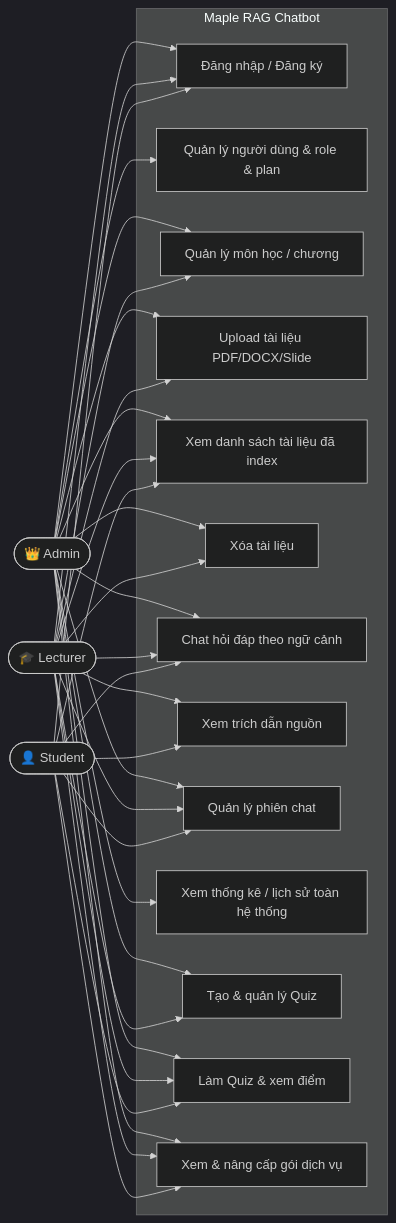
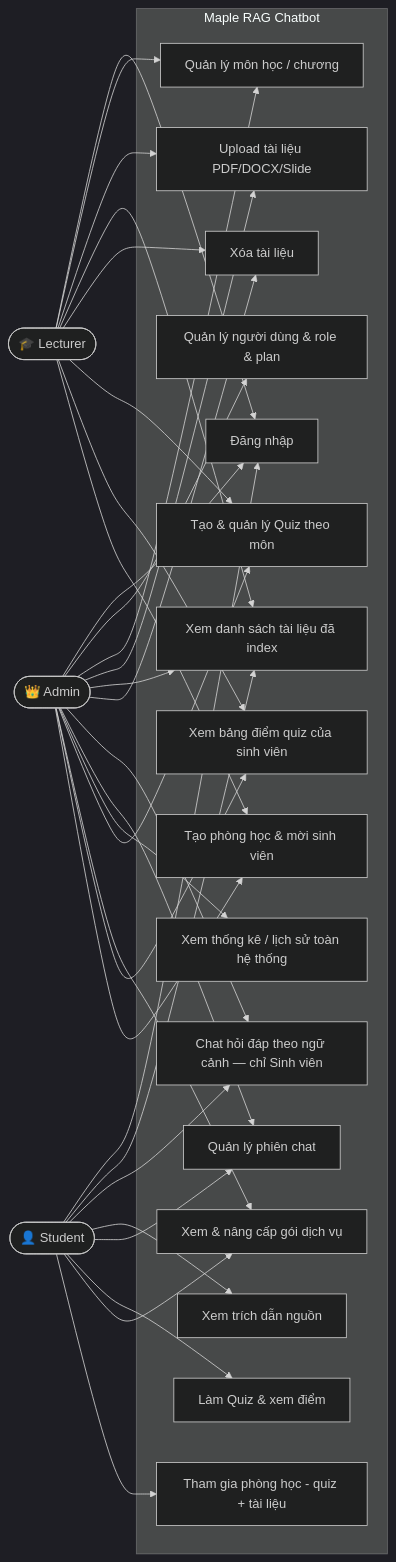
Before and after one commit to Scobydoo1/swd: the first of 9 diagrams in readme.md, drawn with Mermaid (dark theme). The commit also changed other lines of this file and 29 other files, not shown here.

First line of the commit message:
feat(rooms): phòng học Lecturer/Admin + chat chỉ Sinh viên + bảng điểm quiz

````diff
--- a/readme.md
+++ b/readme.md
@@ -47,55 +48,57 @@
 ```mermaid
 graph LR
     Admin([👑 Admin])
     Lecturer([🎓 Lecturer])
     User([👤 Student])
 
     subgraph "Maple RAG Chatbot"
-        UC1[Đăng nhập / Đăng ký]
+        UC1[Đăng nhập]
         UC2[Quản lý người dùng & role & plan]
         UC3[Quản lý môn học / chương]
         UC4[Upload tài liệu PDF/DOCX/Slide]
         UC5[Xem danh sách tài liệu đã index]
         UC6[Xóa tài liệu]
-        UC7[Chat hỏi đáp theo ngữ cảnh]
+        UC7[Chat hỏi đáp theo ngữ cảnh — chỉ Sinh viên]
         UC8[Xem trích dẫn nguồn]
         UC9[Quản lý phiên chat]
         UC10[Xem thống kê / lịch sử toàn hệ thống]
-        UC11[Tạo & quản lý Quiz]
+        UC11[Tạo & quản lý Quiz theo môn]
         UC12[Làm Quiz & xem điểm]
         UC13[Xem & nâng cấp gói dịch vụ]
+        UC14[Xem bảng điểm quiz của sinh viên]
+        UC15[Tạo phòng học & mời sinh viên]
+        UC16[Tham gia phòng học - quiz + tài liệu]
     end
 
     User --> UC1
     User --> UC5
     User --> UC7
     User --> UC8
     User --> UC9
     User --> UC12
     User --> UC13
+    User --> UC16
 
     Lecturer --> UC1
     Lecturer --> UC3
     Lecturer --> UC4
     Lecturer --> UC5
     Lecturer --> UC6
-    Lecturer --> UC7
-    Lecturer --> UC8
-    Lecturer --> UC9
     Lecturer --> UC11
-    Lecturer --> UC12
-    Lecturer --> UC13
+    Lecturer --> UC14
+    Lecturer --> UC15
 
     Admin --> UC1
     Admin --> UC2
     Admin --> UC3
     Admin --> UC4
     Admin --> UC5
     Admin --> UC6
     Admin --> UC7
     Admin --> UC9
     Admin --> UC10
     Admin --> UC11
-    Admin --> UC12
     Admin --> UC13
+    Admin --> UC14
+    Admin --> UC15
 ```
````
